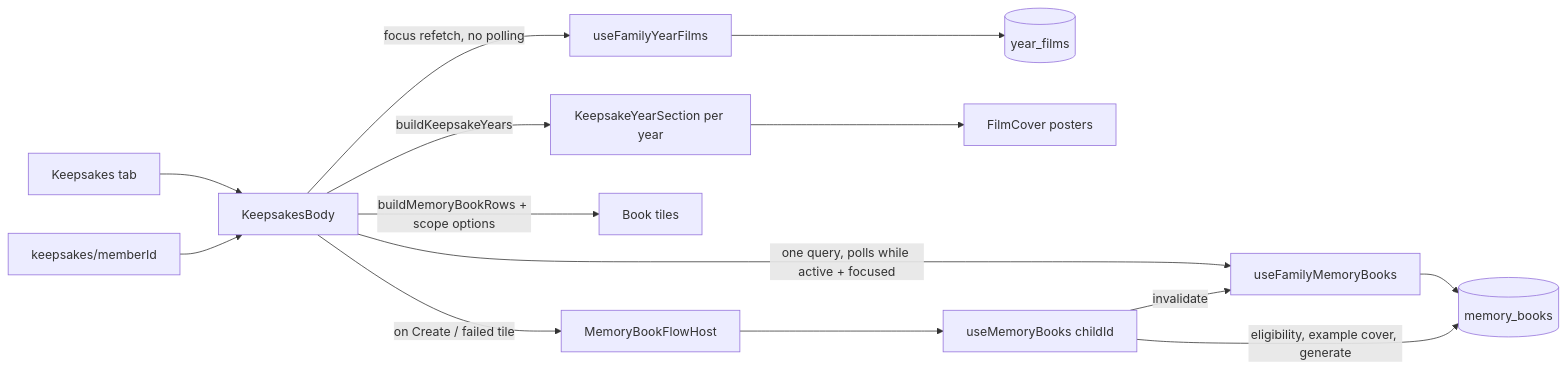
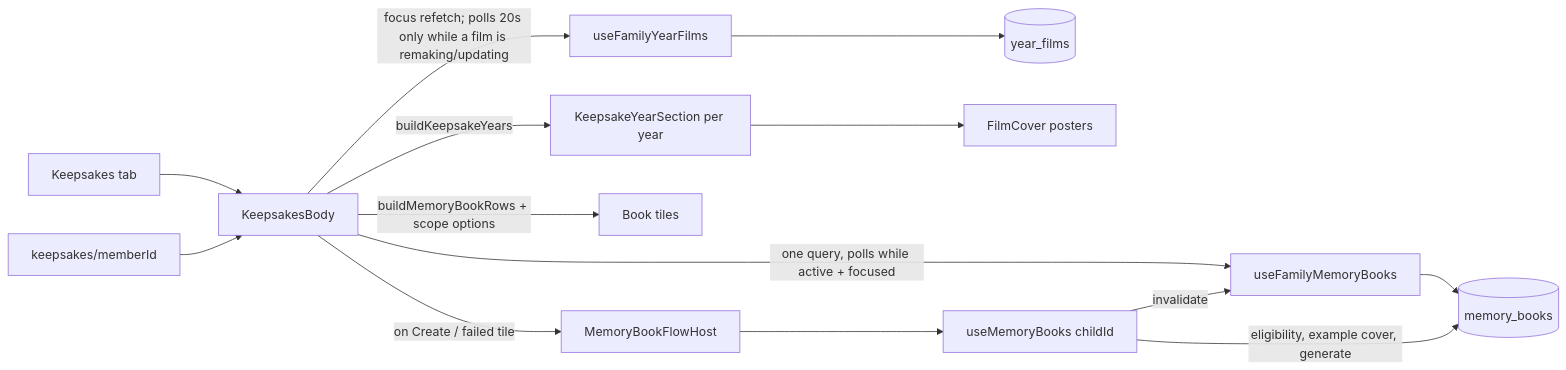
One commit to eduardoyi/newmomora changed the diagram in docs/features/keepsakes.md. Above: the diagram before and after it, drawn with Mermaid. The commit also changed other lines of this file and 23 other files, not shown here.

First line of the commit message:
Year Film: "Remaking…" placeholder while an edited film re-renders

````diff
--- a/docs/features/keepsakes.md
+++ b/docs/features/keepsakes.md
@@ -87,16 +95,16 @@
 ```mermaid
 flowchart LR
   Tab[Keepsakes tab] --> Body[KeepsakesBody]
   Route[keepsakes/memberId] --> Body
   Body -->|one query, polls while active + focused| Fam[useFamilyMemoryBooks]
   Fam --> DB[(memory_books)]
-  Body -->|focus refetch, no polling| Films[useFamilyYearFilms]
+  Body -->|focus refetch; polls 20s only while a film is remaking/updating| Films[useFamilyYearFilms]
   Films --> FDB[(year_films)]
   Body -->|buildKeepsakeYears| Years[KeepsakeYearSection per year]
   Years --> Covers[FilmCover posters]
   Body -->|buildMemoryBookRows + scope options| Shelves[Book tiles]
   Body -->|on Create / failed tile| Host[MemoryBookFlowHost]
   Host --> Hook[useMemoryBooks childId]
   Hook -->|eligibility, example cover, generate| DB
   Hook -->|invalidate| Fam
 ```
````
